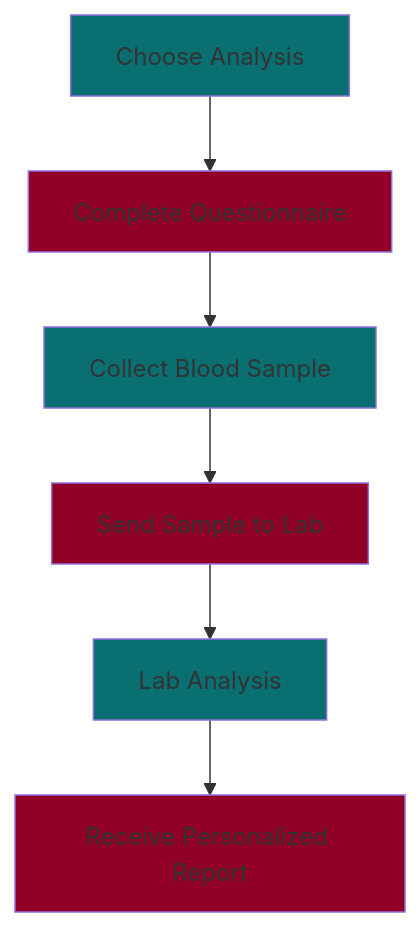
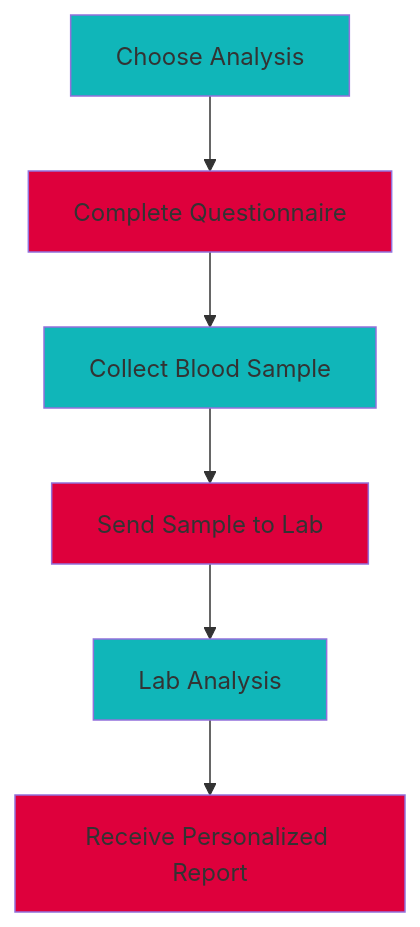
One commit to healthbiocare/.github changed the diagram in profile/README.md. Above: the diagram before and after it, drawn with Mermaid.

````diff
--- a/profile/README.md
+++ b/profile/README.md
@@ -19,14 +19,14 @@
 ```mermaid
 graph TD;
   A[Choose Analysis] --> B[Complete Questionnaire];
   B --> C[Collect Blood Sample];
   C --> D[Send Sample to Lab];
   D --> E[Lab Analysis];
   E --> F[Receive Personalized Report];
-  style A fill:#0A6F71;
-  style B fill:#900027;
-  style C fill:#0A6F71;
-  style D fill:#900027;
-  style E fill:#0A6F71;
-  style F fill:#900027;
+  style A fill:#10b6b9;
+  style B fill:#de003c;
+  style C fill:#10b6b9;
+  style D fill:#de003c;
+  style E fill:#10b6b9;
+  style F fill:#de003c;
 ```
````
